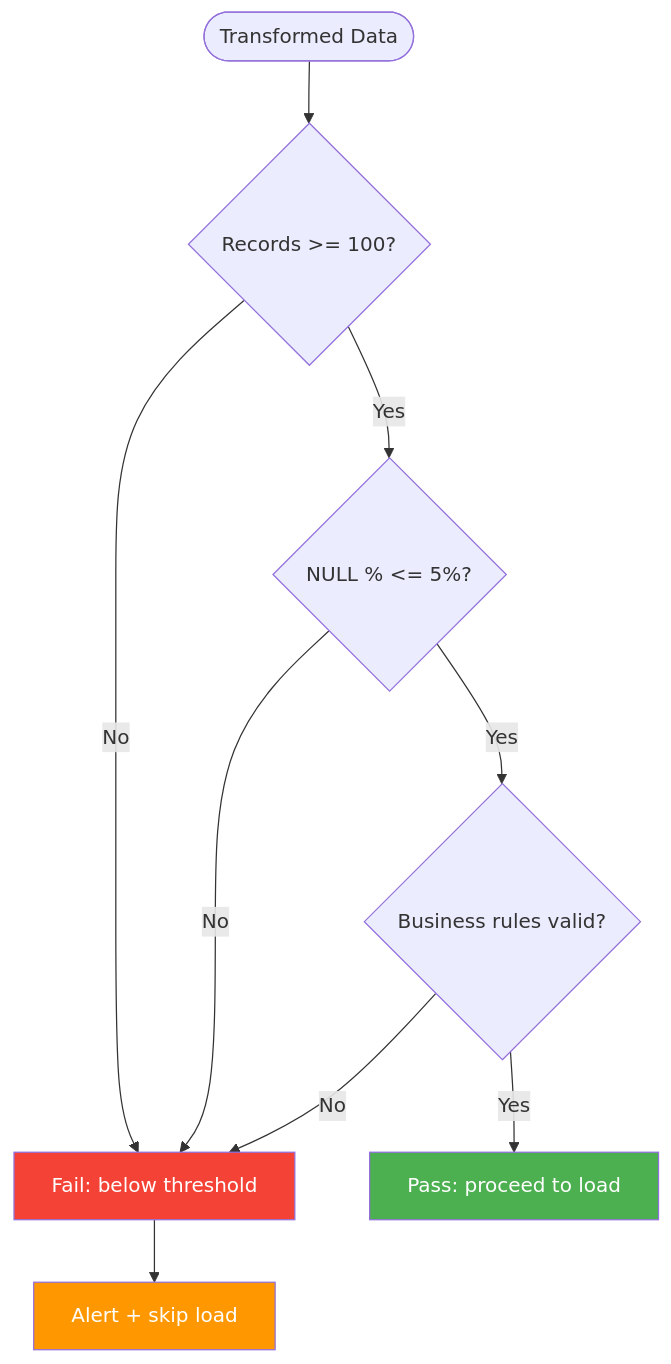
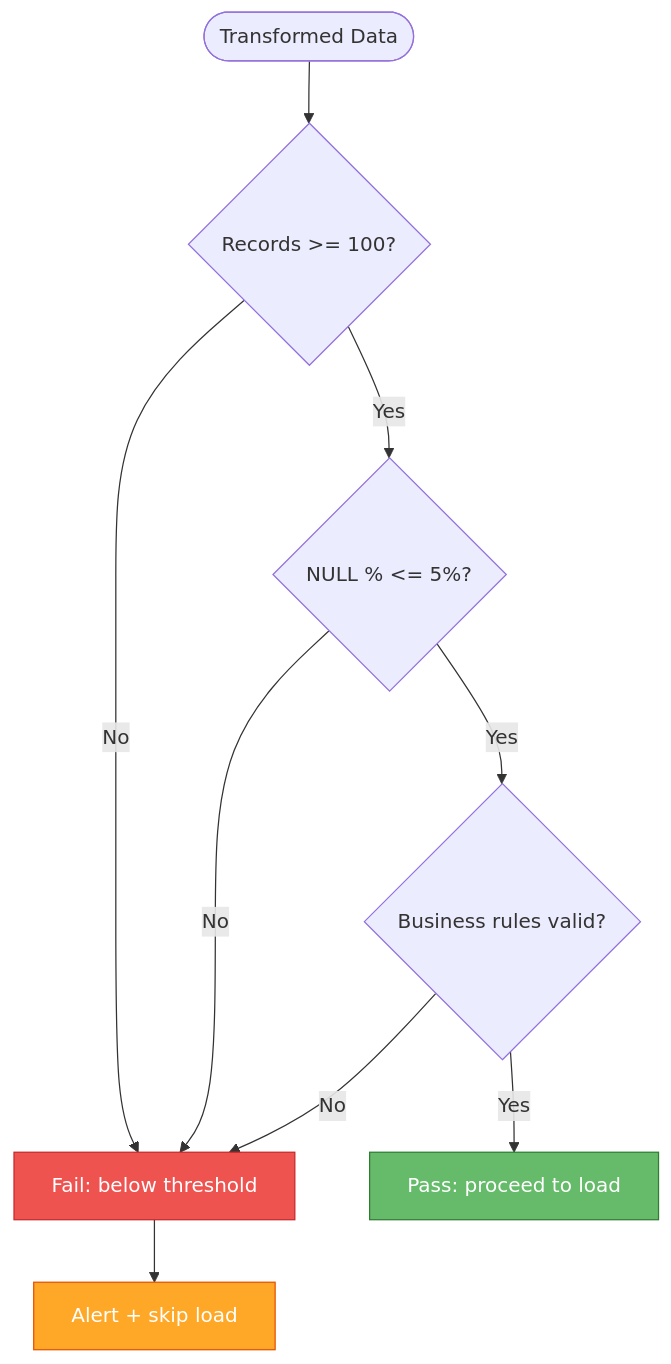
The sixth of 7 diagrams in README.md (greenwichg/airflow_etl_pipeline), drawn with Mermaid before and after one commit. The commit also changed other lines of this file, not shown here.

First line of the commit message:
fix: tone down Mermaid diagram background colors for readability

````diff
--- a/README.md
+++ b/README.md
@@ -699,16 +699,16 @@
 ```mermaid
 graph TD
     A([Transformed Data]) --> B{Records >= 100?}
     B -->|No| F["Fail: below threshold"]
     B -->|Yes| C{NULL % <= 5%?}
     C -->|No| F
     C -->|Yes| D{Business rules valid?}
     D -->|No| F
     D -->|Yes| E["Pass: proceed to load"]
 
     F --> ALERT["Alert + skip load"]
 
-    style E fill:#4caf50,color:#fff
-    style F fill:#f44336,color:#fff
-    style ALERT fill:#ff9800,color:#fff
+    style E fill:#66bb6a,color:#fff,stroke:#2e7d32
+    style F fill:#ef5350,color:#fff,stroke:#c62828
+    style ALERT fill:#ffa726,color:#fff,stroke:#e65100
 ```
````
